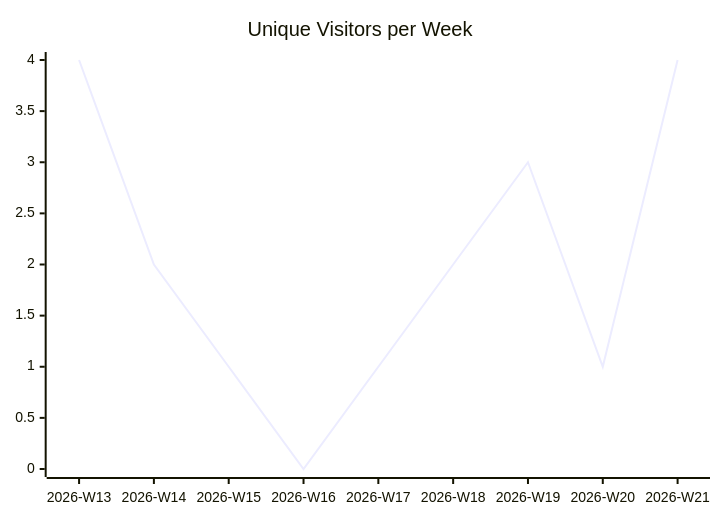
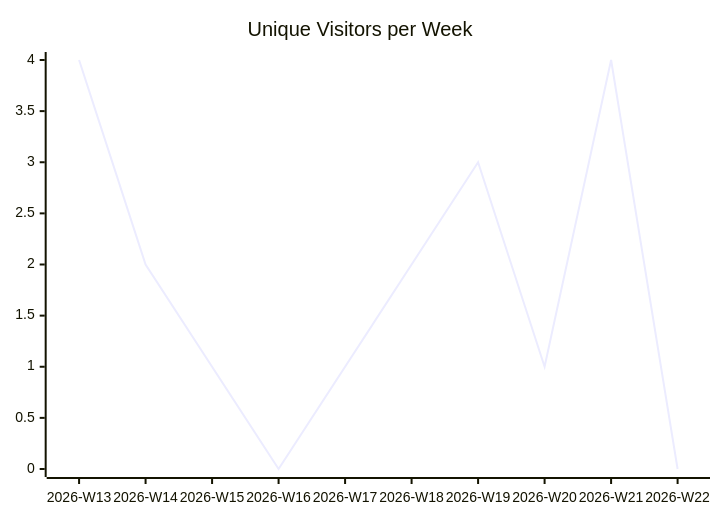
Before and after one commit to justdavis-family/github-analytics-data: the first of 3 diagrams in karlmdavis/xmlpull/README.md, drawn with Mermaid. The commit also changed other lines of this file and 190 other files, not shown here.

````diff
--- a/karlmdavis/xmlpull/README.md
+++ b/karlmdavis/xmlpull/README.md
@@ -5,6 +5,6 @@
 ```mermaid
 xychart-beta
   title "Unique Visitors per Week"
-  x-axis ["2026-W13", "2026-W14", "2026-W15", "2026-W16", "2026-W17", "2026-W18", "2026-W19", "2026-W20", "2026-W21"]
-  line [4, 2, 1, 0, 1, 2, 3, 1, 4]
+  x-axis ["2026-W13", "2026-W14", "2026-W15", "2026-W16", "2026-W17", "2026-W18", "2026-W19", "2026-W20", "2026-W21", "2026-W22"]
+  line [4, 2, 1, 0, 1, 2, 3, 1, 4, 0]
 ```
````
